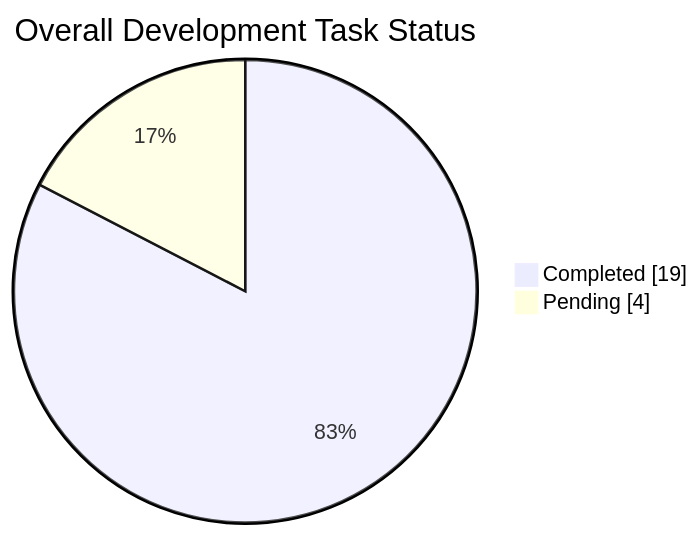
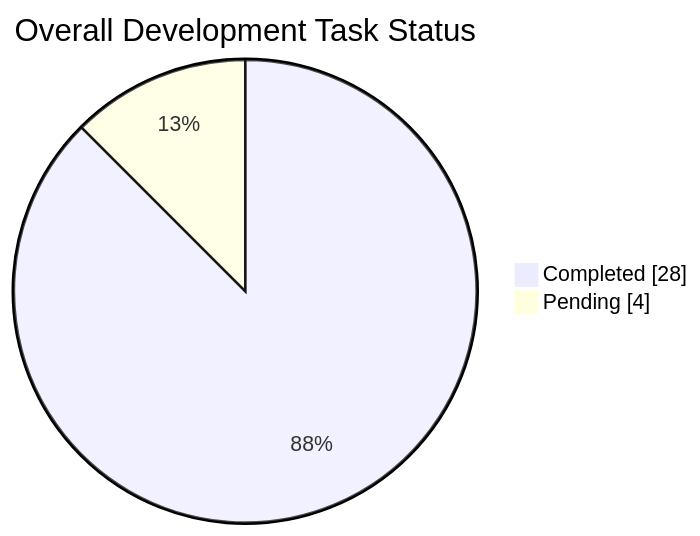
Before and after one commit to Realityspeaker/My-Work-Diary: the first of 2 diagrams in Global_Summary.md, drawn with Mermaid. The commit also changed other lines of this file, not shown here.

````diff
--- a/Global_Summary.md
+++ b/Global_Summary.md
@@ -25,6 +26,6 @@
 ```mermaid
 pie showData
     title Overall Development Task Status
-    "Completed" : 19
+    "Completed" : 28
     "Pending" : 4
 ```
````
